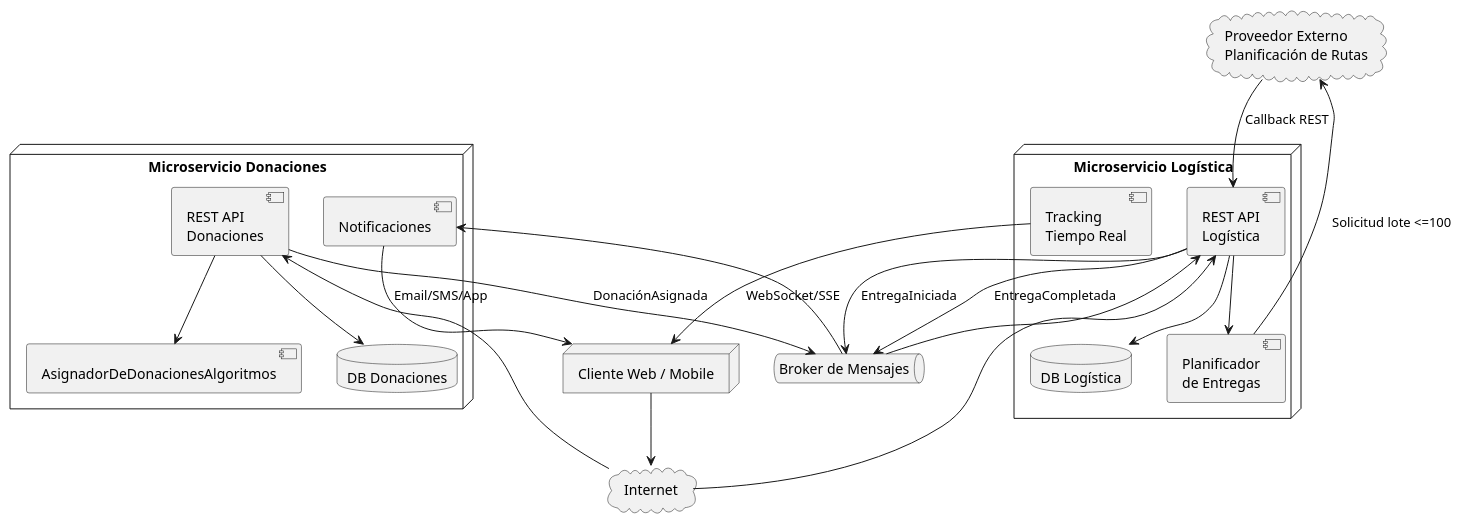
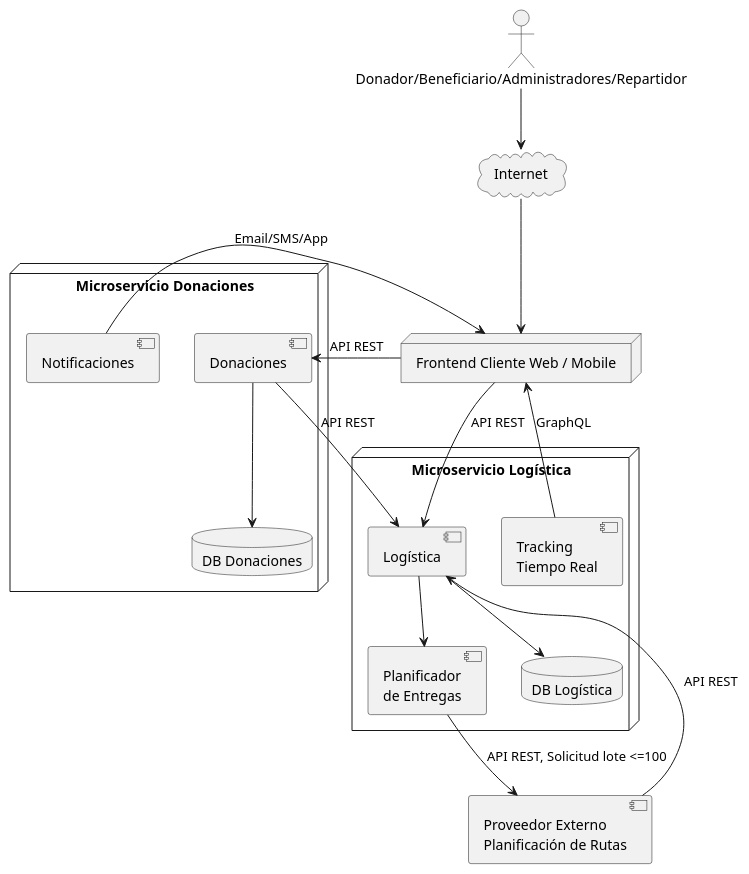
One commit to pacoDan/obsidian_pacodan changed the diagram in DDS-Notas/TPS 2026/TPA/TPA2/diagrama_de_despliegue.md. Above: the diagram before and after it, drawn with PlantUML. The commit also changed other lines of this file and 71 other files, not shown here.

````diff
--- a/DDS-Notas/TPS 2026/TPA/TPA2/diagrama_de_despliegue.md
+++ b/DDS-Notas/TPS 2026/TPA/TPA2/diagrama_de_despliegue.md
@@ -2,63 +2,39 @@
 ```plantuml
 @startuml
-
-node "Cliente Web / Mobile" as Cliente
-
-cloud "Internet" as Gateway
-
+node "Frontend Cliente Web / Mobile" as Frontend
+cloud "Internet" as Medio
 node "Microservicio Donaciones" as Donaciones {
-
-    component "REST API\nDonaciones" as DonacionesAPI
-
-    component "AsignadorDeDonacionesAlgoritmos" as Asignador
-
+    component "Donaciones" as DonacionesAPI
     component "Notificaciones" as Notificador
-
     database "DB Donaciones" as DBDonaciones
 }
 
 node "Microservicio Logística" as Logistica {
+    component "Logística" as LogisticaAPI
+    component "Planificador\nde Entregas" as Planificador
+    component "Tracking\nTiempo Real" as Tracking
+    database "DB Logística" as DBLogistica
+    'component "AsignadorDeDonacionesAlgoritmos" as Asignador
+}
+component "Proveedor Externo\nPlanificación de Rutas" as Externo
 
-    component "REST API\nLogística" as LogisticaAPI
-
-    component "Planificador\nde Entregas" as Planificador
-
-    component "Tracking\nTiempo Real" as Tracking
-
-    database "DB Logística" as DBLogistica
-}
-
-queue "Broker de Mensajes" as Broker
-
-cloud "Proveedor Externo\nPlanificación de Rutas" as Externo
-
-Cliente --> Gateway
-
-Gateway --> DonacionesAPI
-Gateway --> LogisticaAPI
 
 DonacionesAPI --> DBDonaciones
 LogisticaAPI --> DBLogistica
+DonacionesAPI --> LogisticaAPI : API REST
+'DonacionesAPI --> Asignador
+LogisticaAPI --> Planificador
+Planificador --> Externo : API REST, Solicitud lote <=100
+Externo --> LogisticaAPI : API REST
+Tracking --> Frontend : GraphQL
 
-DonacionesAPI --> Broker : DonaciónAsignada
-Broker --> LogisticaAPI
+Frontend --> DonacionesAPI : API REST
+Frontend --> LogisticaAPI : API REST
 
-DonacionesAPI --> Asignador
+Notificador --> Frontend : Email/SMS/App
 
-LogisticaAPI --> Planificador
-
-Planificador --> Externo : Solicitud lote <=100
-
-Externo --> LogisticaAPI : Callback REST
-
-Tracking --> Cliente : WebSocket/SSE
-
-LogisticaAPI --> Broker : EntregaIniciada
-LogisticaAPI --> Broker : EntregaCompletada
-
-Broker --> Notificador
-
-Notificador --> Cliente : Email/SMS/App
-
+actor "Donador/Beneficiario/Administradores/Repartidor" as usuario
+usuario --> Medio
+Medio --> Frontend
 @enduml
 ```
````
